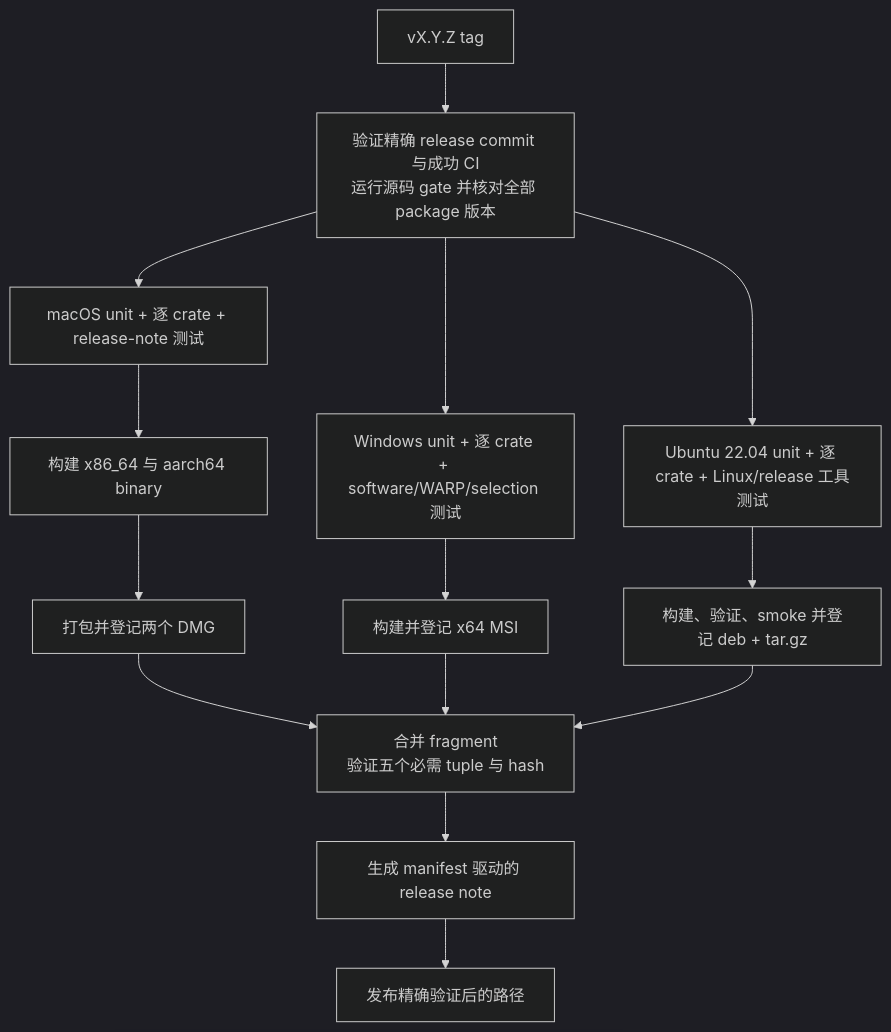
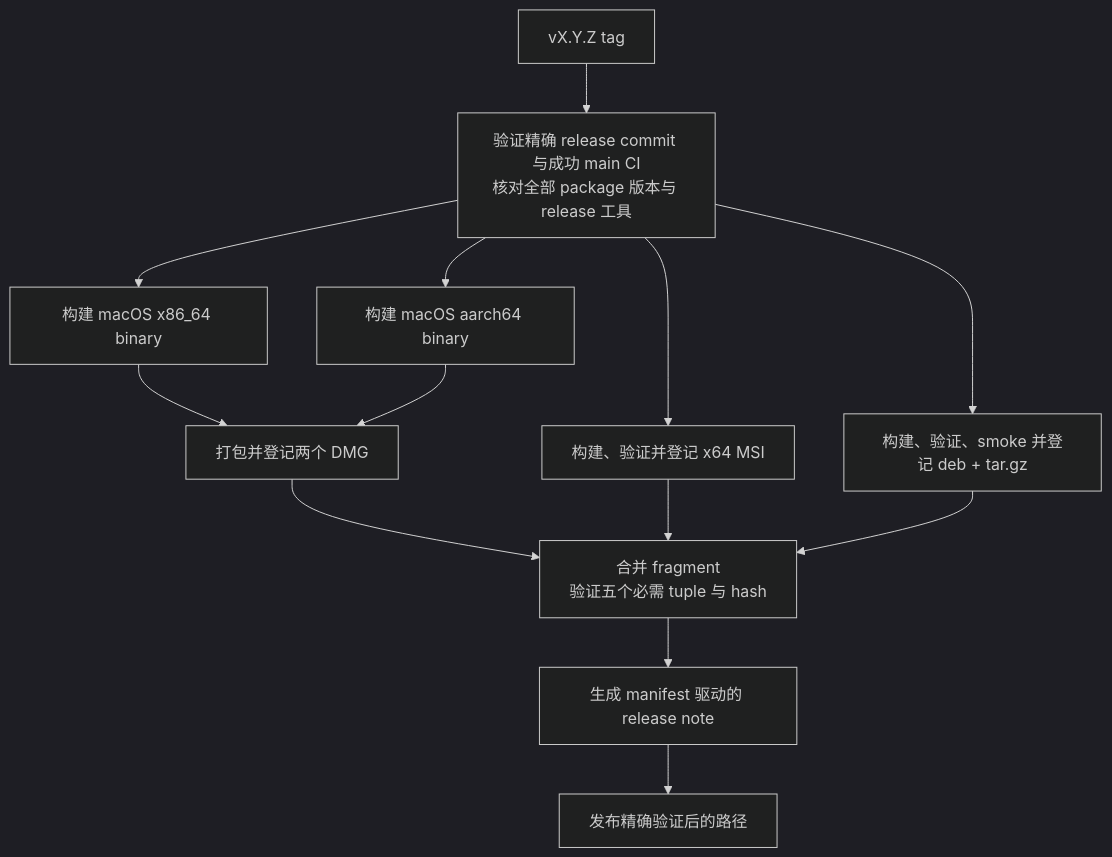
Before and after one commit to D0n9X1n/SonicTerm: the second of 2 diagrams in wiki/Development-and-Release.md, drawn with Mermaid (dark theme). The commit also changed other lines of this file and 8 other files, not shown here.

````diff
--- a/wiki/Development-and-Release.md
+++ b/wiki/Development-and-Release.md
@@ -579,27 +604,25 @@
 ```mermaid
 flowchart TD
     tag["vX.Y.Z tag"]
-    validate["验证精确 release commit 与成功 CI<br/>运行源码 gate 并核对全部 package 版本"]
-    mtest["macOS unit + 逐 crate + release-note 测试"]
-    wtest["Windows unit + 逐 crate + software/WARP/selection 测试"]
-    ltest["Ubuntu 22.04 unit + 逐 crate + Linux/release 工具测试"]
-    macbuild["构建 x86_64 与 aarch64 binary"]
+    validate["验证精确 release commit 与成功 main CI<br/>核对全部 package 版本与 release 工具"]
+    macx["构建 macOS x86_64 binary"]
+    maca["构建 macOS aarch64 binary"]
     dmg["打包并登记两个 DMG"]
-    msi["构建并登记 x64 MSI"]
+    msi["构建、验证并登记 x64 MSI"]
     linux["构建、验证、smoke 并登记 deb + tar.gz"]
     manifest["合并 fragment<br/>验证五个必需 tuple 与 hash"]
     notes["生成 manifest 驱动的 release note"]
     publish["发布精确验证后的路径"]
 
     tag --> validate
-    validate --> mtest
-    validate --> wtest
-    validate --> ltest
-    mtest --> macbuild --> dmg
-    wtest --> msi
-    ltest --> linux
+    validate --> macx
+    validate --> maca
+    validate --> msi
+    validate --> linux
+    macx --> dmg
+    maca --> dmg
     dmg --> manifest
     msi --> manifest
     linux --> manifest
     manifest --> notes --> publish
 ```
````
